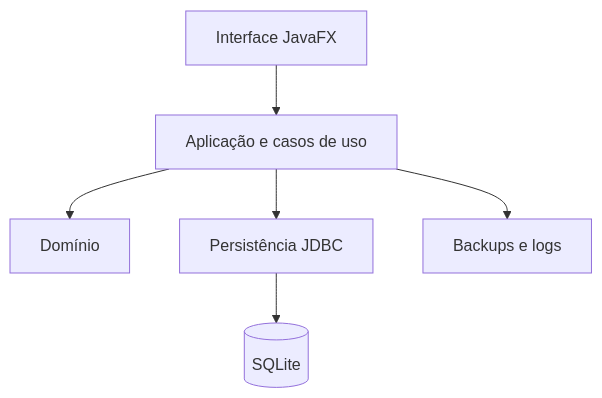
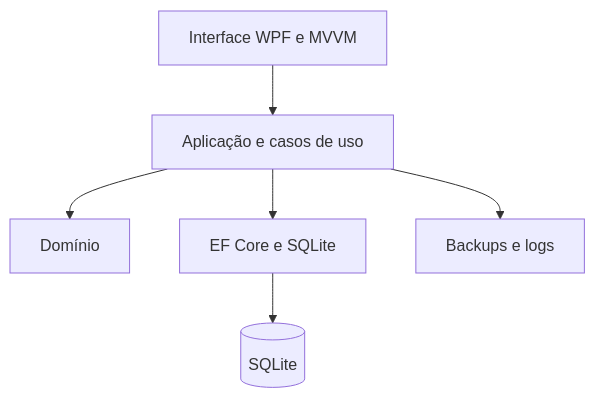
One commit to arthurtvrs10/VComanda changed the diagram in docs/docs/diagramas/06-arquitetura.mmd. Above: the diagram before and after it, drawn with Mermaid. The commit also changed other lines of this file and 36 other files, not shown here.

```diff
--- a/docs/docs/diagramas/06-arquitetura.mmd
+++ b/docs/docs/diagramas/06-arquitetura.mmd
@@ -1,13 +1,13 @@
 flowchart TB
-    UI[Interface JavaFX]
+    UI[Interface WPF e MVVM]
     APP[Aplicação e casos de uso]
     DOM[Domínio]
-    PERSIST[Persistência JDBC]
+    PERSIST[EF Core e SQLite]
     DB[(SQLite)]
     FILES[Backups e logs]
 
     UI --> APP
     APP --> DOM
     APP --> PERSIST
     PERSIST --> DB
     APP --> FILES
```
